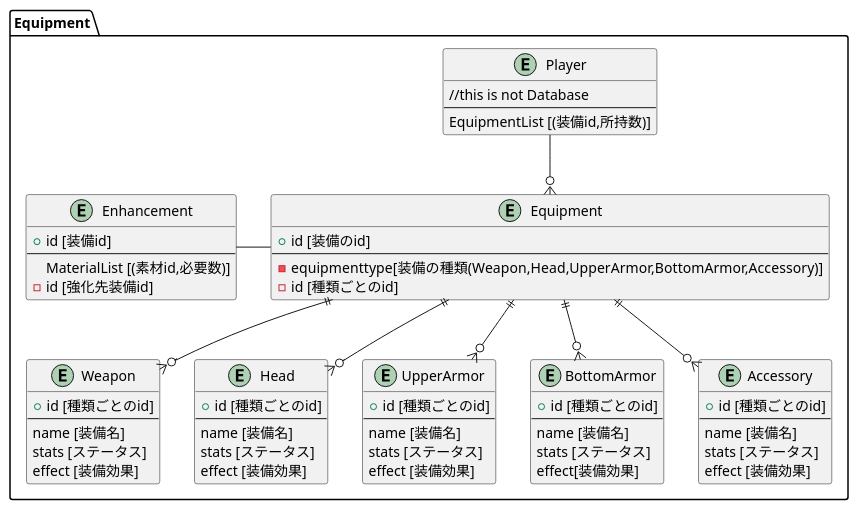
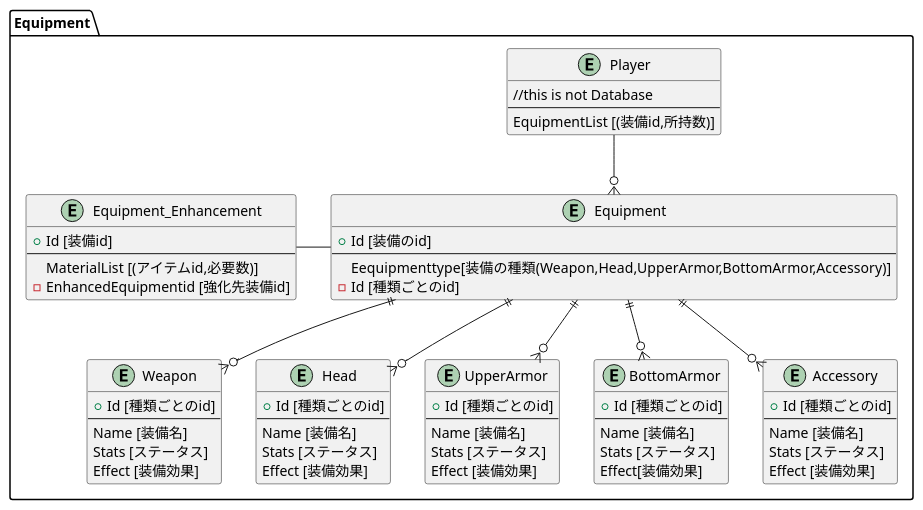
Before and after one commit to shutouyusei/MagicKnight: the diagram in Document/Internal Design/All/ER_Equipment.pu, drawn with PlantUML. The commit also changed 2 other files, not shown here.

```diff
--- a/Document/Internal Design/All/ER_Equipment.pu
+++ b/Document/Internal Design/All/ER_Equipment.pu
@@ -1,72 +1,72 @@
 @startuml
 package Equipment
 {
     entity "Player"
     {
         //this is not Database
         ---
         EquipmentList [(装備id,所持数)]
     }
     entity "Equipment" 
     {
-        +id [装備のid]
+        +Id [装備のid]
         ---
-        -equipmenttype[装備の種類(Weapon,Head,UpperArmor,BottomArmor,Accessory)]
-        -id [種類ごとのid]
+        Eequipmenttype[装備の種類(Weapon,Head,UpperArmor,BottomArmor,Accessory)]
+        -Id [種類ごとのid]
     }
     entity "Weapon"
     {
-        +id [種類ごとのid]
+        +Id [種類ごとのid]
         ---
-        name [装備名]
-        stats [ステータス]
-        effect [装備効果]
+        Name [装備名]
+        Stats [ステータス]
+        Effect [装備効果]
     }
     entity "Head"
     {
-        +id [種類ごとのid]
+        +Id [種類ごとのid]
         ---
-        name [装備名]
-        stats [ステータス]
-        effect [装備効果]
+        Name [装備名]
+        Stats [ステータス]
+        Effect [装備効果]
     }
     entity "UpperArmor"
     {
-        +id [種類ごとのid]
+        +Id [種類ごとのid]
         ---
-        name [装備名]
-        stats [ステータス]
-        effect [装備効果]
+        Name [装備名]
+        Stats [ステータス]
+        Effect [装備効果]
     }
     entity "BottomArmor"
     {
-        +id [種類ごとのid]
+        +Id [種類ごとのid]
         ---
-        name [装備名]
-        stats [ステータス]
-        effect[装備効果]
+        Name [装備名]
+        Stats [ステータス]
+        Effect[装備効果]
     }
     entity "Accessory"
     {
-        +id [種類ごとのid]
+        +Id [種類ごとのid]
         ---
-        name [装備名]
-        stats [ステータス]
-        effect [装備効果]
+        Name [装備名]
+        Stats [ステータス]
+        Effect [装備効果]
     }
-    entity "Enhancement"
+    entity "Equipment_Enhancement"
     {
-        +id [装備id]
+        +Id [装備id]
         ---
-        MaterialList [(素材id,必要数)]
-        -id [強化先装備id]
+        MaterialList [(アイテムid,必要数)]
+        -EnhancedEquipmentid [強化先装備id]
     }
     Player --o{Equipment
     Equipment ||--o{ Weapon
     Equipment ||--o{ Head
     Equipment ||--o{ UpperArmor
     Equipment ||--o{ BottomArmor
     Equipment ||--o{ Accessory
-    Equipment -left- Enhancement
+    Equipment -left- Equipment_Enhancement
 
 @enduml
```
